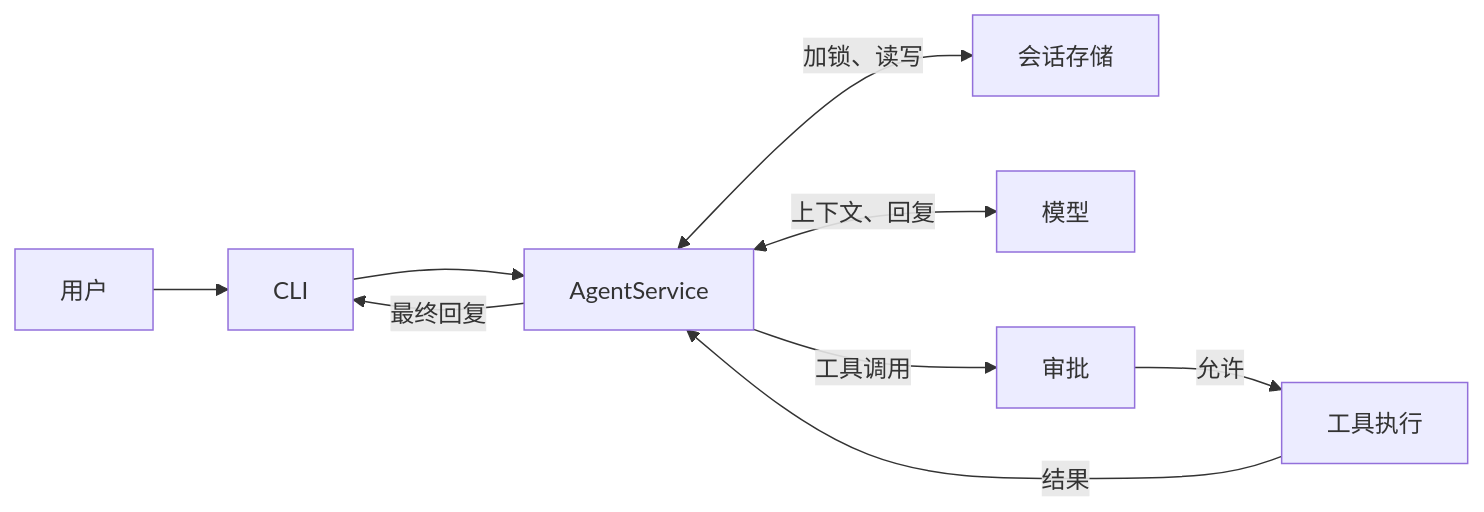
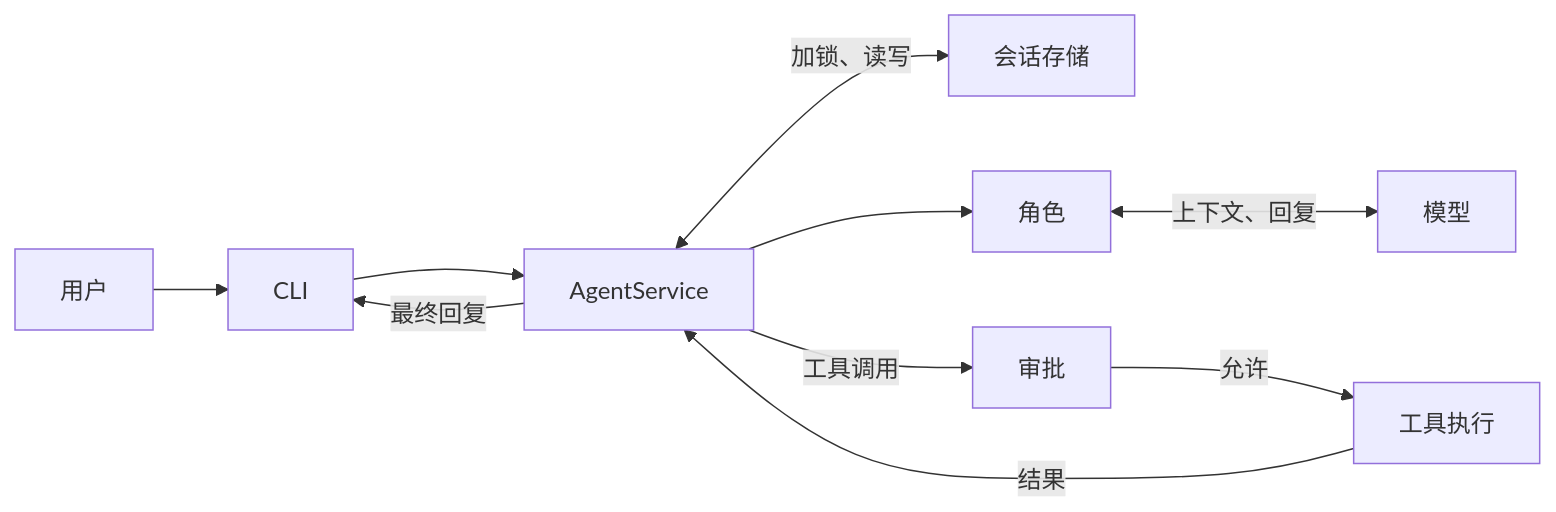
Before and after one commit to usfese/toy-agent: the diagram in docs/architecture.md, drawn with Mermaid. The commit also changed other lines of this file and 4 other files, not shown here.

````diff
--- a/docs/architecture.md
+++ b/docs/architecture.md
@@ -10,11 +10,12 @@
 ```mermaid
 flowchart LR
     User[用户] --> CLI
     CLI --> AgentService
     AgentService <-->|加锁、读写| JSONL[会话存储]
-    AgentService <-->|上下文、回复| Model[模型]
+    AgentService --> Role[角色]
+    Role <-->|上下文、回复| Model[模型]
     AgentService -->|工具调用| Review[审批]
     Review -->|允许| Tool[工具执行]
     Tool -->|结果| AgentService
     AgentService -->|最终回复| CLI
 ```
````
